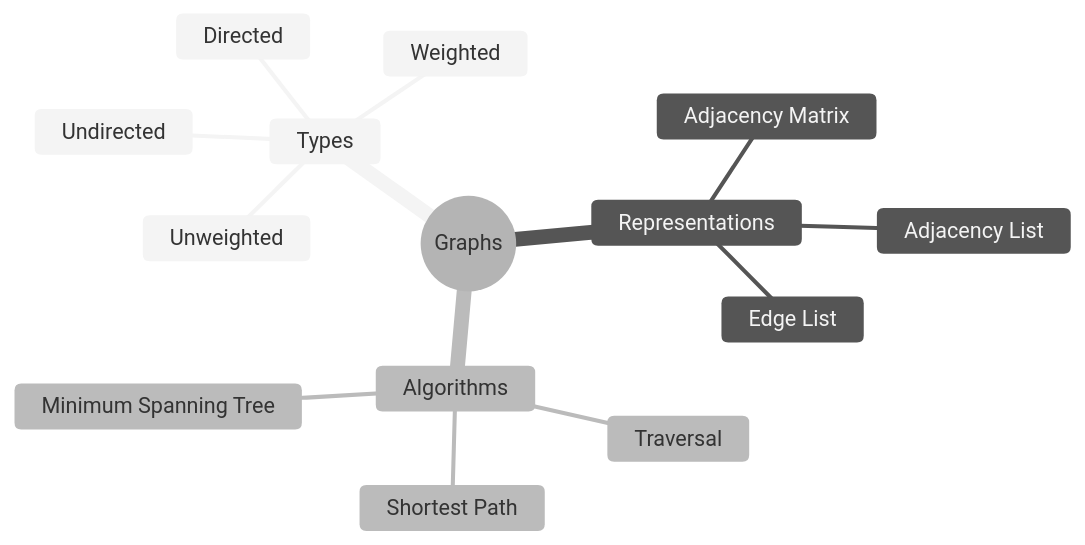
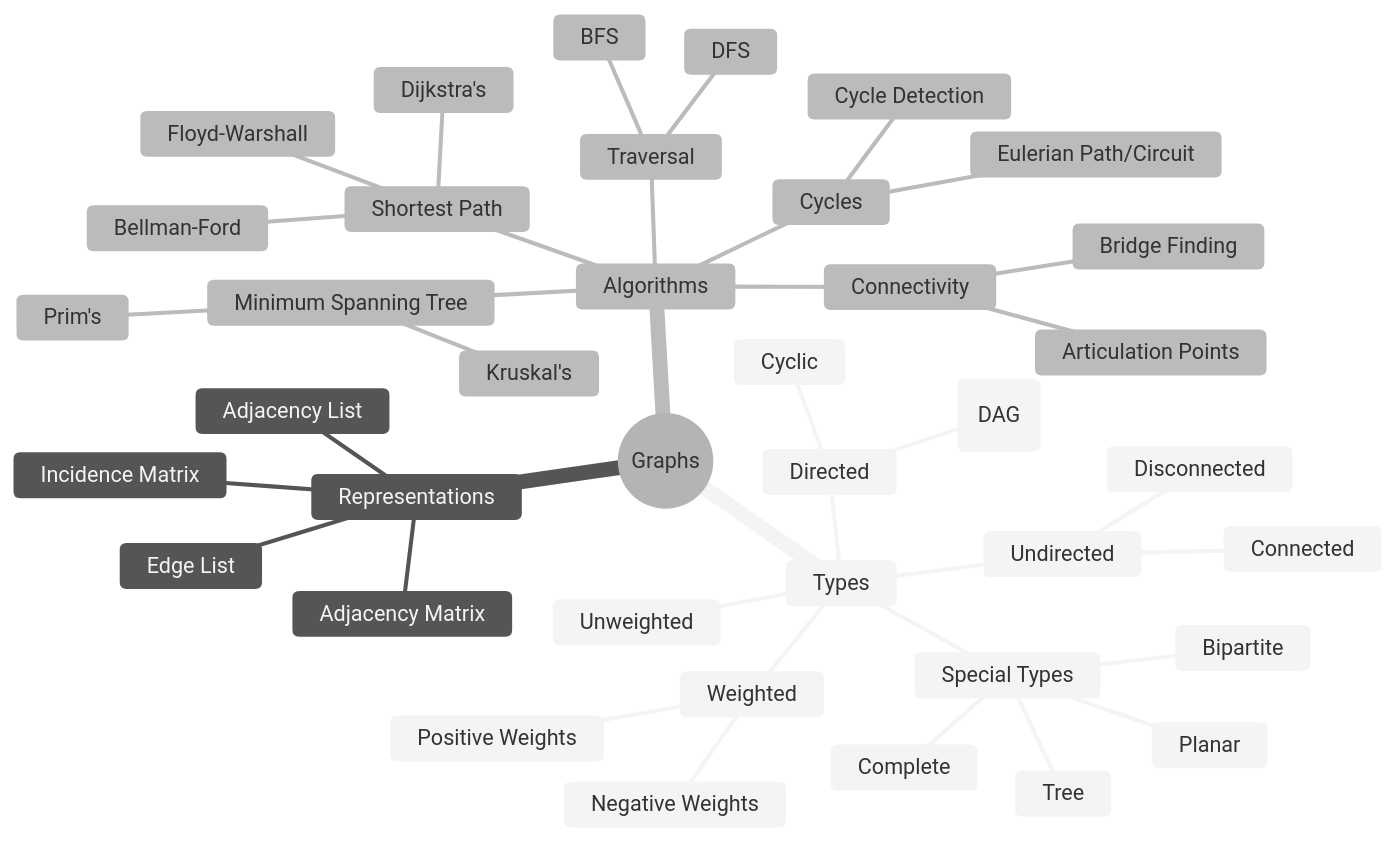
One commit to kivi98/study-buddy changed the first of 18 diagrams in docs/data-structures-and-algorithms/graphs.md. Above: the diagram before and after it, drawn with Mermaid (neutral theme). The commit also changed other lines of this file and 33 other files, not shown here.

````diff
--- a/docs/data-structures-and-algorithms/graphs.md
+++ b/docs/data-structures-and-algorithms/graphs.md
@@ -11,17 +19,42 @@
 ```mermaid
 mindmap
     root((Graphs))
         Types
             Directed
+                Acyclic (DAG)
+                Cyclic
             Undirected
+                Connected
+                Disconnected
             Weighted
+                Positive Weights
+                Negative Weights
             Unweighted
+            Special Types
+                Complete
+                Bipartite
+                Tree
+                Planar
         Representations
             Adjacency Matrix
             Adjacency List
             Edge List
+            Incidence Matrix
         Algorithms
             Traversal
+                DFS
+                BFS
             Shortest Path
+                Dijkstra's
+                Bellman-Ford
+                Floyd-Warshall
             Minimum Spanning Tree
+                Kruskal's
+                Prim's
+            Connectivity
+                Bridge Finding
+                Articulation Points
+            Cycles
+                Cycle Detection
+                Eulerian Path/Circuit
 ```
````
